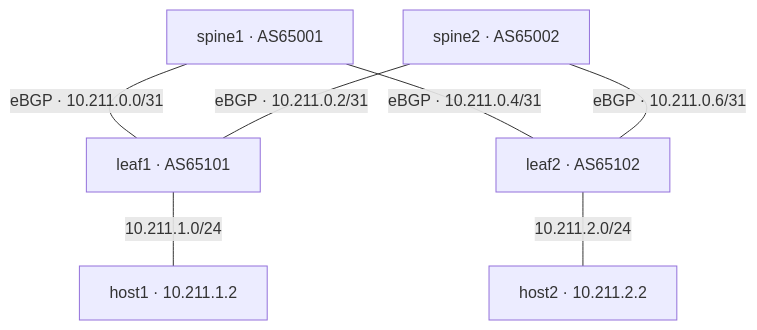
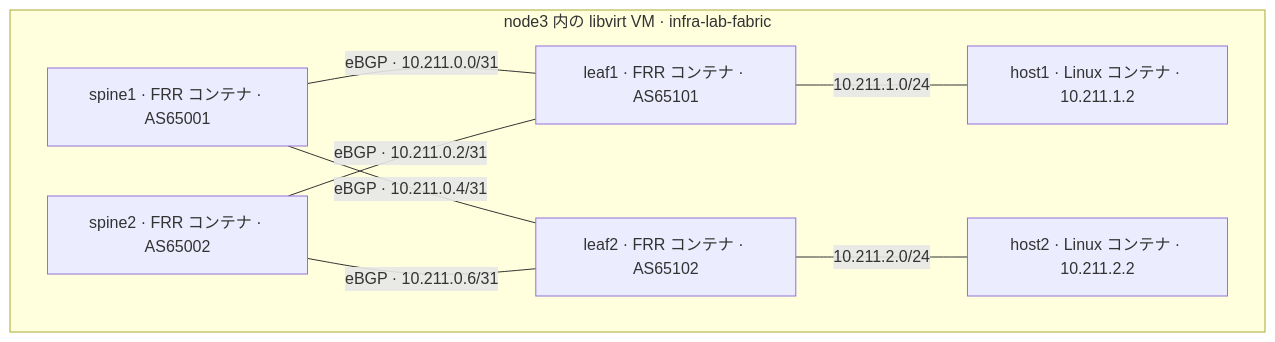
One commit to sugaf1204/infra-lab changed the diagram in full-l3-ip-clos/README.md. Above: the diagram before and after it, drawn with Mermaid. The commit also changed 18 other files, not shown here.

````diff
--- a/full-l3-ip-clos/README.md
+++ b/full-l3-ip-clos/README.md
@@ -7,15 +7,17 @@
 ```mermaid
 flowchart TB
-    S1["spine1 · AS65001"]
-    S2["spine2 · AS65002"]
-    L1["leaf1 · AS65101"]
-    L2["leaf2 · AS65102"]
-    H1["host1 · 10.211.1.2"]
-    H2["host2 · 10.211.2.2"]
-    S1 ---|"eBGP · 10.211.0.0/31"| L1
-    S2 ---|"eBGP · 10.211.0.2/31"| L1
-    S1 ---|"eBGP · 10.211.0.4/31"| L2
-    S2 ---|"eBGP · 10.211.0.6/31"| L2
-    L1 ---|"10.211.1.0/24"| H1
-    L2 ---|"10.211.2.0/24"| H2
+    subgraph FABRIC["node3 内の libvirt VM · infra-lab-fabric"]
+        S1["spine1 · FRR コンテナ · AS65001"]
+        S2["spine2 · FRR コンテナ · AS65002"]
+        L1["leaf1 · FRR コンテナ · AS65101"]
+        L2["leaf2 · FRR コンテナ · AS65102"]
+        H1["host1 · Linux コンテナ · 10.211.1.2"]
+        H2["host2 · Linux コンテナ · 10.211.2.2"]
+        S1 ---|"eBGP · 10.211.0.0/31"| L1
+        S2 ---|"eBGP · 10.211.0.2/31"| L1
+        S1 ---|"eBGP · 10.211.0.4/31"| L2
+        S2 ---|"eBGP · 10.211.0.6/31"| L2
+        L1 ---|"10.211.1.0/24"| H1
+        L2 ---|"10.211.2.0/24"| H2
+    end
 ```
````
